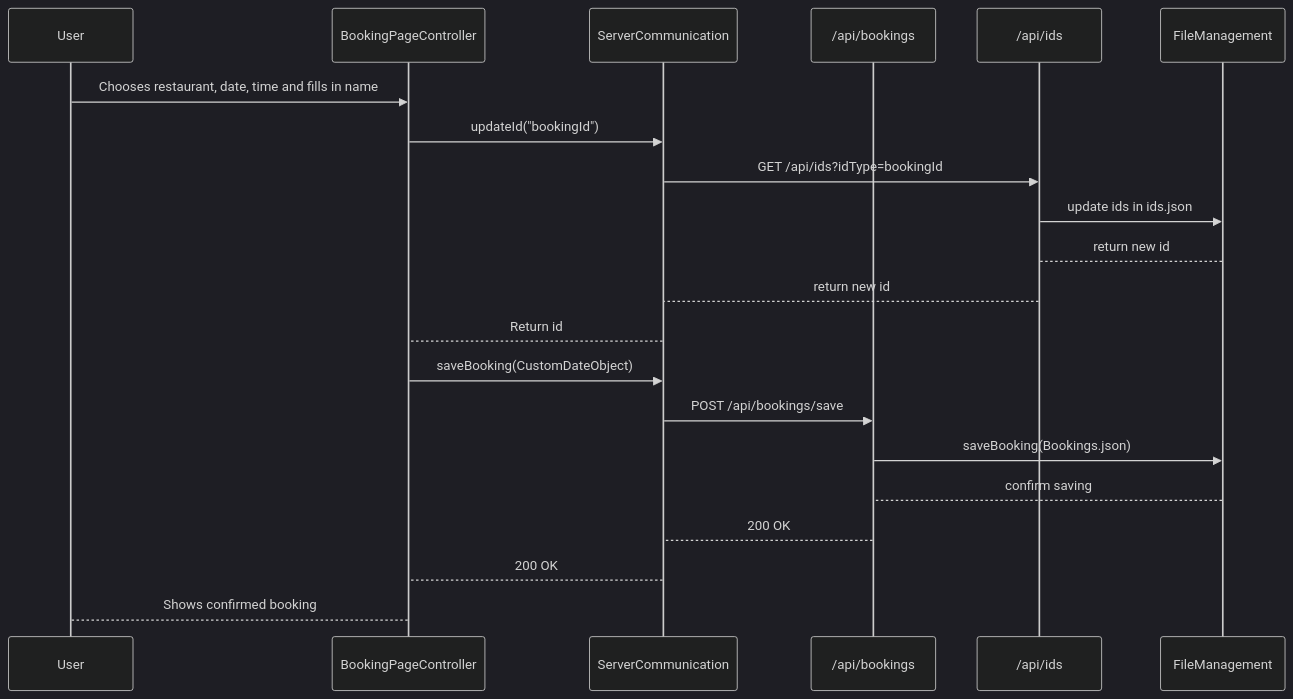
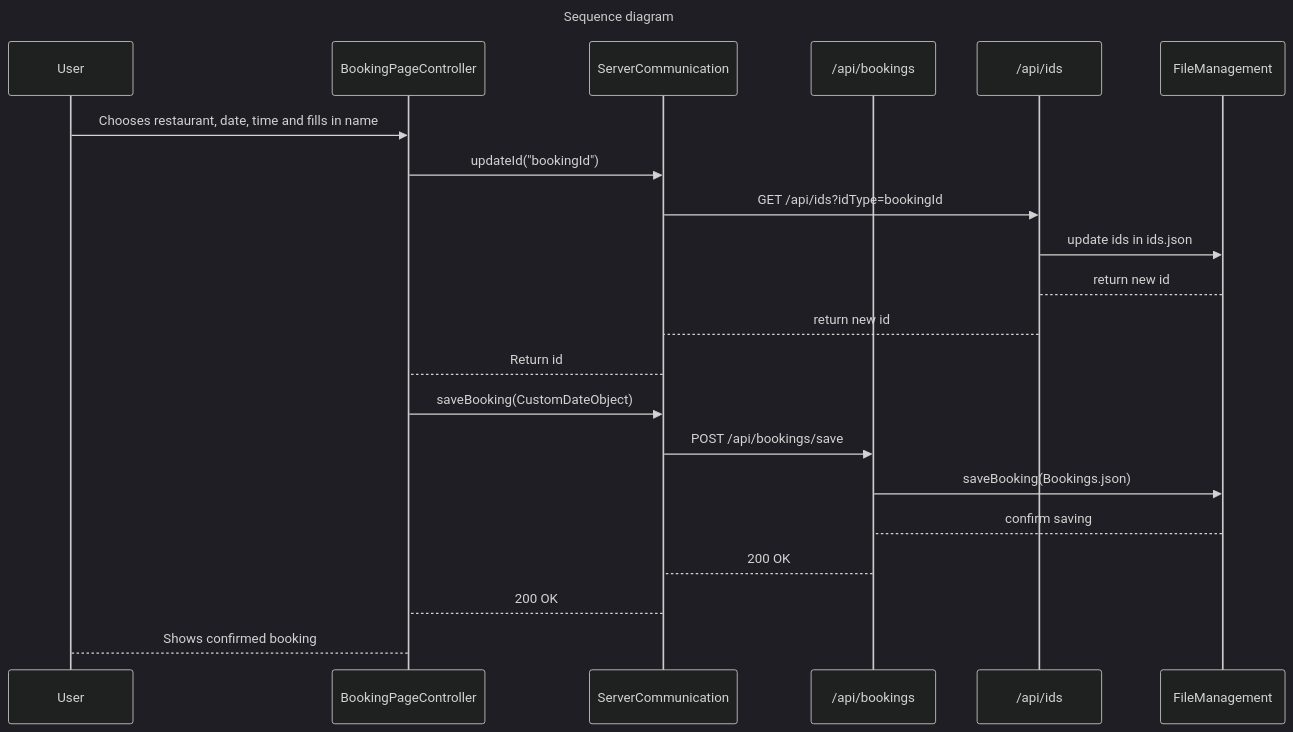
Before and after one commit to marsun02/IT1901_Booking_Manager: the diagram in docs/diagrams/Sequence-diagram.md, drawn with Mermaid (dark theme). The commit also changed other lines of this file and 3 other files, not shown here.

First line of the commit message:
docs: :memo: Added links to root README, and linked root README back to the diagrams #159

````diff
--- a/docs/diagrams/Sequence-diagram.md
+++ b/docs/diagrams/Sequence-diagram.md
@@ -1,26 +1,29 @@
 ```mermaid 
+---
+title: Sequence diagram
+---
 
 sequenceDiagram
     participant User
     participant BookingPageController
     participant ServerCommunication
     participant bookings as /api/bookings 
     participant ids as /api/ids
     participant FileManagement
 
     User->>BookingPageController: Chooses restaurant, date, time and fills in name
     BookingPageController->>ServerCommunication: updateId("bookingId")
     ServerCommunication->>ids: GET /api/ids?idType=bookingId
     ids->>FileManagement: update ids in ids.json
     FileManagement-->ids: return new id
     ids-->ServerCommunication: return new id
     ServerCommunication-->BookingPageController: Return id
     BookingPageController->>ServerCommunication: saveBooking(CustomDateObject)
     ServerCommunication->>bookings: POST /api/bookings/save
     bookings->>FileManagement: saveBooking(Bookings.json)
     FileManagement-->bookings: confirm saving
     bookings-->ServerCommunication: 200 OK
     ServerCommunication-->BookingPageController: 200 OK
     BookingPageController-->User: Shows confirmed booking
     
 ```
````
